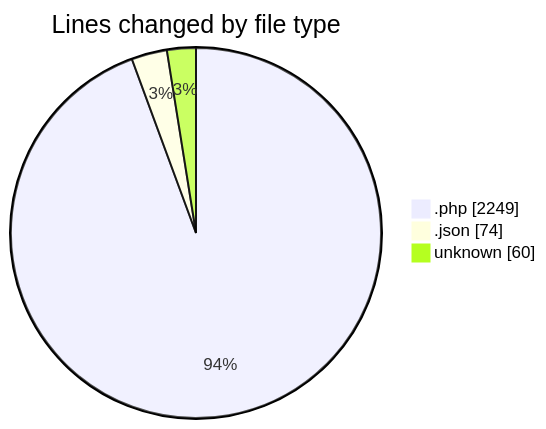
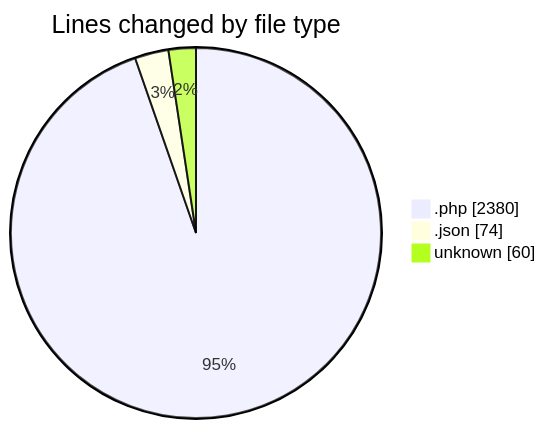
One commit to lephambinh05/code-tracking changed the first of 2 diagrams in 2025-08-19/quytuthien_vn/README.md. Above: the diagram before and after it, drawn with Mermaid. The commit also changed other lines of this file and 1 other file, not shown here.

````diff
--- a/2025-08-19/quytuthien_vn/README.md
+++ b/2025-08-19/quytuthien_vn/README.md
@@ -79,7 +82,7 @@
 ```mermaid
 pie showData
 title Lines changed by file type
-".php" : 2249
+".php" : 2380
 ".json" : 74
 "unknown" : 60
 ```
````
